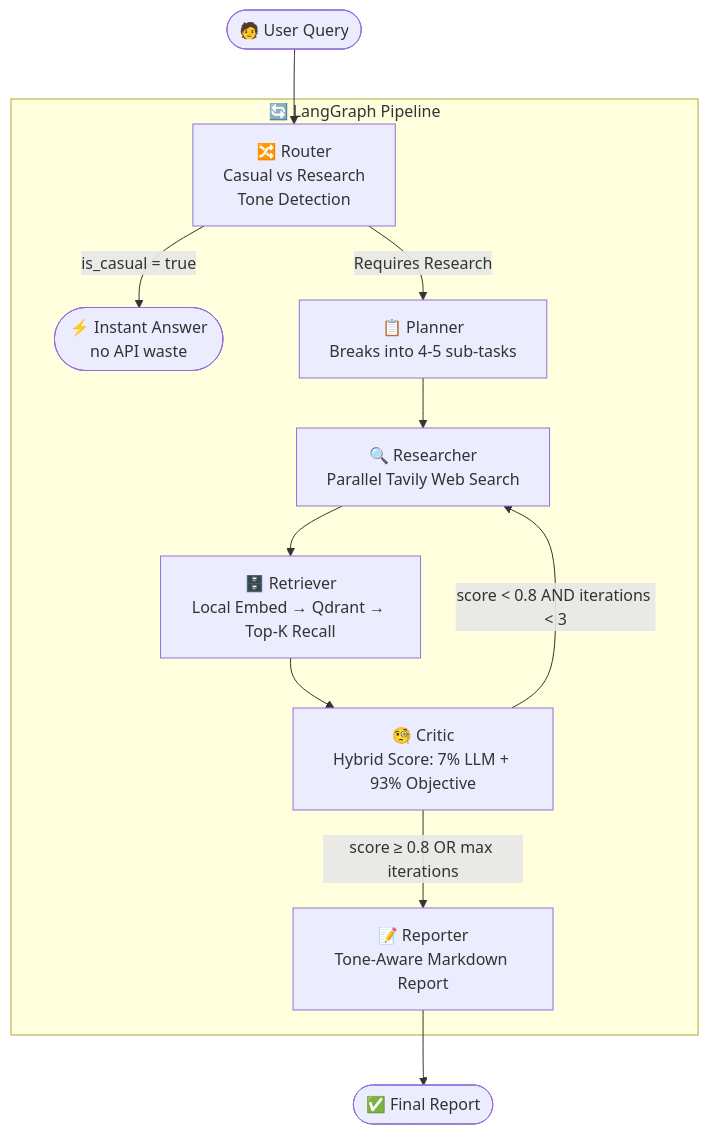
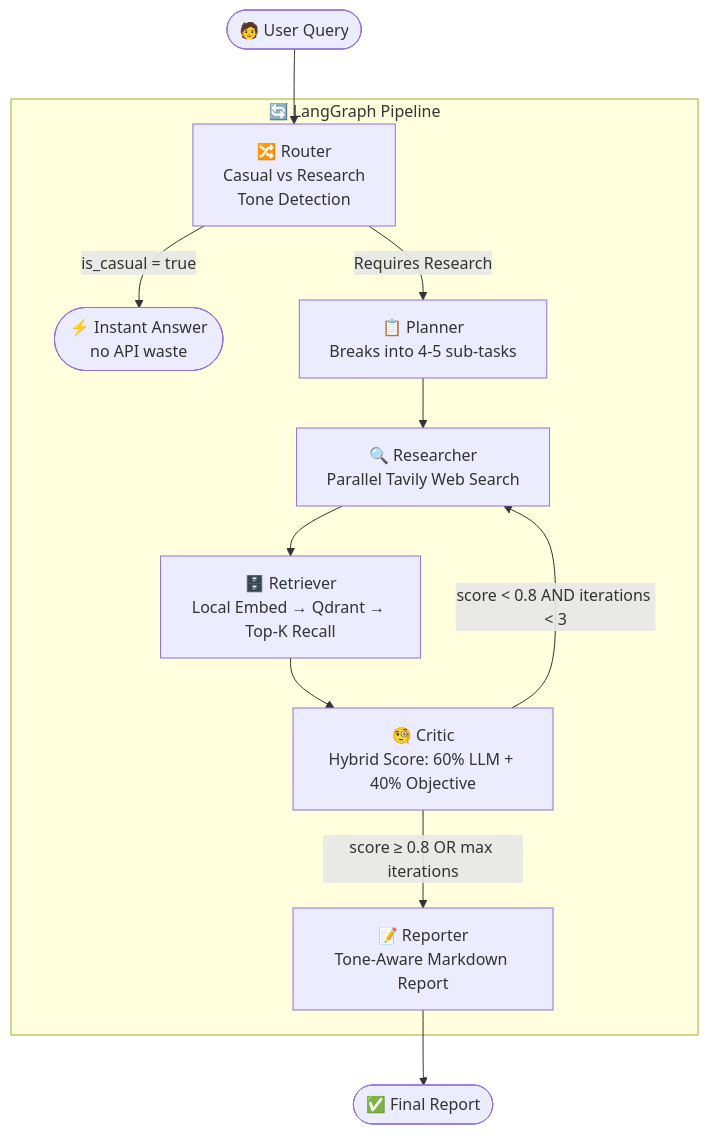
One commit to HariChandran7177-git/multi-agent-research-assistant changed the diagram in README.md. Above: the diagram before and after it, drawn with Mermaid. The commit also changed other lines of this file and 1 other file, not shown here.

````diff
--- a/README.md
+++ b/README.md
@@ -119,17 +119,17 @@
 ```mermaid
 flowchart TD
     A([🧑 User Query]) --> B
 
     subgraph Pipeline ["🔄 LangGraph Pipeline"]
         B[🔀 Router\nCasual vs Research\nTone Detection]
         B -- is_casual = true --> Z1([⚡ Instant Answer\nno API waste])
         B -- Requires Research --> C[📋 Planner\nBreaks into 4-5 sub-tasks]
         C --> D[🔍 Researcher\nParallel Tavily Web Search]
         D --> E[🗄️ Retriever\nLocal Embed → Qdrant → Top-K Recall]
-        E --> F[🧐 Critic\nHybrid Score: 7% LLM + 93% Objective]
+        E --> F[🧐 Critic\nHybrid Score: 60% LLM + 40% Objective]
         F -- score < 0.8 AND iterations < 3 --> D
         F -- score ≥ 0.8 OR max iterations --> G[📝 Reporter\nTone-Aware Markdown Report]
     end
 
     G --> Z2([✅ Final Report])
 ```
````
